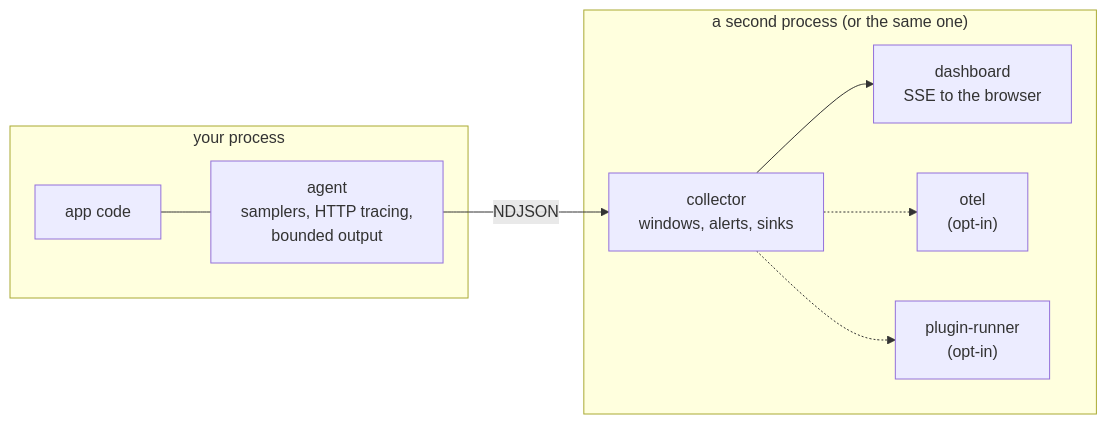
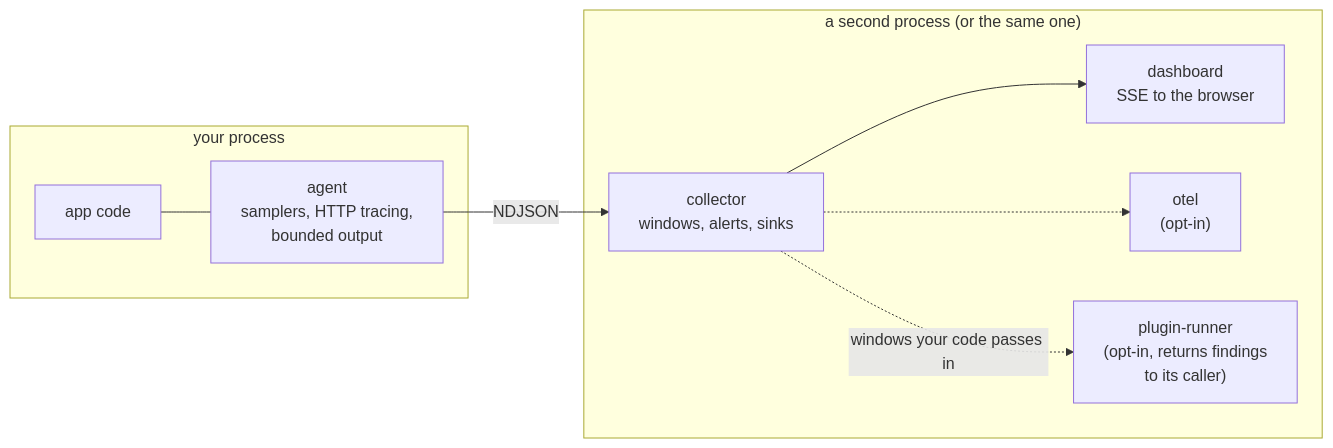
Before and after one commit to pharn-dev/phargus: the diagram in README.md, drawn with Mermaid. The commit also changed other lines of this file and 9 other files, not shown here.

Commit message:
fix(cli),docs: statements in the README, API, FEATURES and ARCHITECTURE match the code (CORE-208 PH8.1) (#184)

````diff
--- a/README.md
+++ b/README.md
@@ -381,12 +384,12 @@
 ```mermaid
 flowchart LR
   subgraph app["your process"]
     code["app code"] --- agent["agent<br/>samplers, HTTP tracing,<br/>bounded output"]
   end
   subgraph second["a second process (or the same one)"]
     collector["collector<br/>windows, alerts, sinks"] --> dashboard["dashboard<br/>SSE to the browser"]
     collector -.-> otel["otel<br/>(opt-in)"]
-    collector -.-> rules["plugin-runner<br/>(opt-in)"]
+    collector -. "windows your code passes in" .-> rules["plugin-runner<br/>(opt-in, returns findings<br/>to its caller)"]
   end
   agent -- "NDJSON" --> collector
 ```
````
